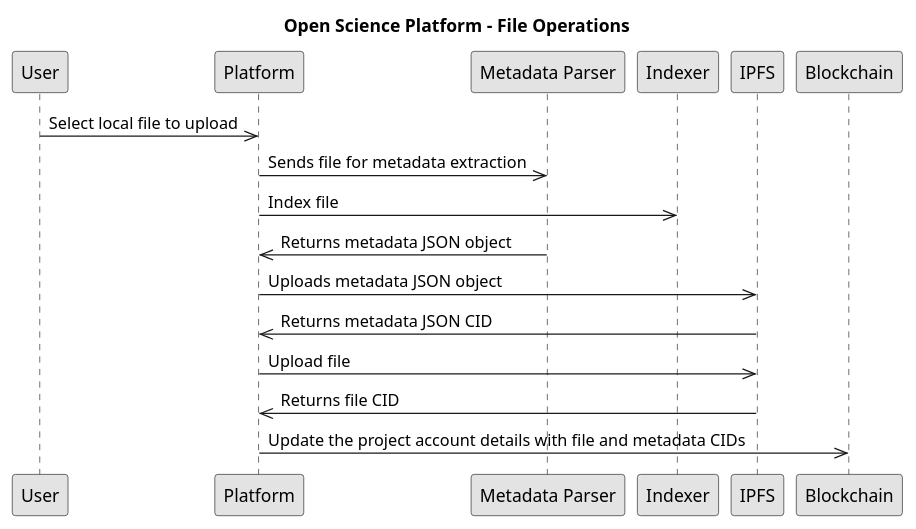
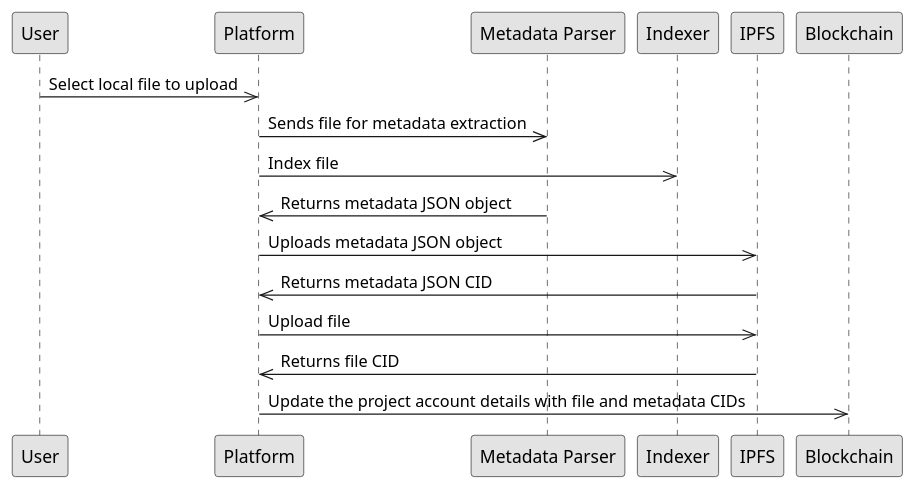
Before and after one commit to OliveiraEdu/d-OSP: the diagram in diagrams/plantUML/c4_platform_operations_2.wsd, drawn with PlantUML. The commit also changed 32 other files, not shown here.

```diff
--- a/diagrams/plantUML/c4_platform_operations_2.wsd
+++ b/diagrams/plantUML/c4_platform_operations_2.wsd
@@ -1,26 +1,26 @@
 @startuml
 
 skinparam monochrome true
 
-title Open Science Platform - File Operations
+' title Open Science Platform - File Operations
 
 participant User as "User"
 participant Platform as "Platform"
 participant Parser as "Metadata Parser"
 participant Indexer as "Indexer"
 participant IPFS as "IPFS"
 participant Blockchain as "Blockchain"
 
 User ->> Platform: Select local file to upload
 Platform ->> Parser: Sends file for metadata extraction
 Platform ->> Indexer: Index file
 Parser ->> Platform: Returns metadata JSON object
 Platform ->> IPFS: Uploads metadata JSON object
 IPFS ->> Platform: Returns metadata JSON CID
 Platform ->> IPFS: Upload file
 IPFS ->> Platform: Returns file CID
 
 Platform ->> Blockchain: Update the project account details with file and metadata CIDs
 
 
 @enduml
```
